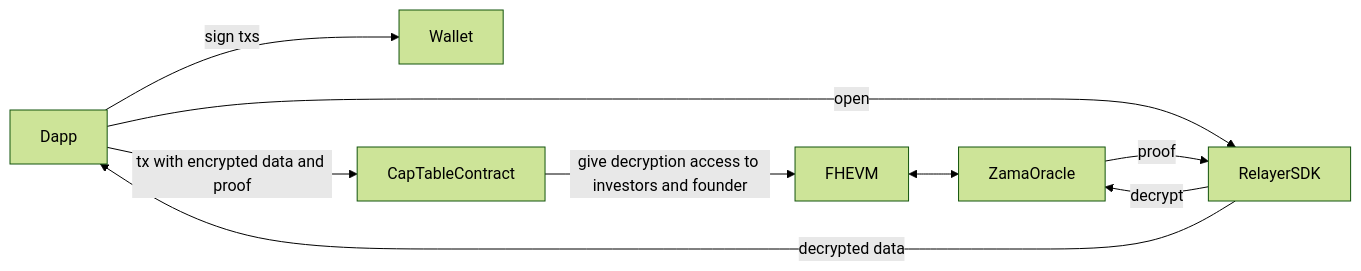
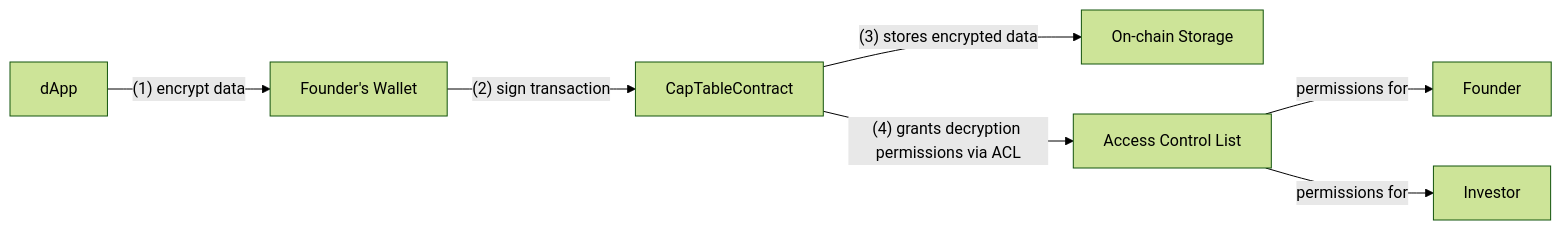
The first of 2 diagrams in README.md (zama-ai/ocp-fhe), drawn with Mermaid (forest theme) before and after one commit. The commit also changed other lines of this file, not shown here.

````diff
--- a/README.md
+++ b/README.md
@@ -42,11 +46,9 @@
 ```mermaid
 flowchart LR
-    Dapp["Dapp"] -- sign txs --> Wallet["Wallet"]
-    Dapp -- tx with encrypted data and proof --> CapTableContract["CapTableContract"]
-    CapTableContract -- give decryption access to investors and founder --> FHEVM["FHEVM"]
-    Dapp -- open --> RelayerSDK["RelayerSDK"]
-    RelayerSDK -- decrypt --> ZamaOracle["ZamaOracle"]
-    ZamaOracle -- proof --> RelayerSDK
-    FHEVM <--> ZamaOracle
-    RelayerSDK -- decrypted data --> Dapp
+    Dapp["dApp"] -- (1) encrypt data --> FounderWallet["Founder's Wallet"]
+    FounderWallet -- (2) sign transaction --> CapTableContract["CapTableContract"]
+    CapTableContract -- (3) stores encrypted data --> Storage["On-chain Storage"]
+    CapTableContract -- (4) grants decryption permissions via ACL --> ACL["Access Control List"]
+    ACL -- permissions for --> Founder["Founder"]
+    ACL -- permissions for --> Investor["Investor"]
 ```
````
